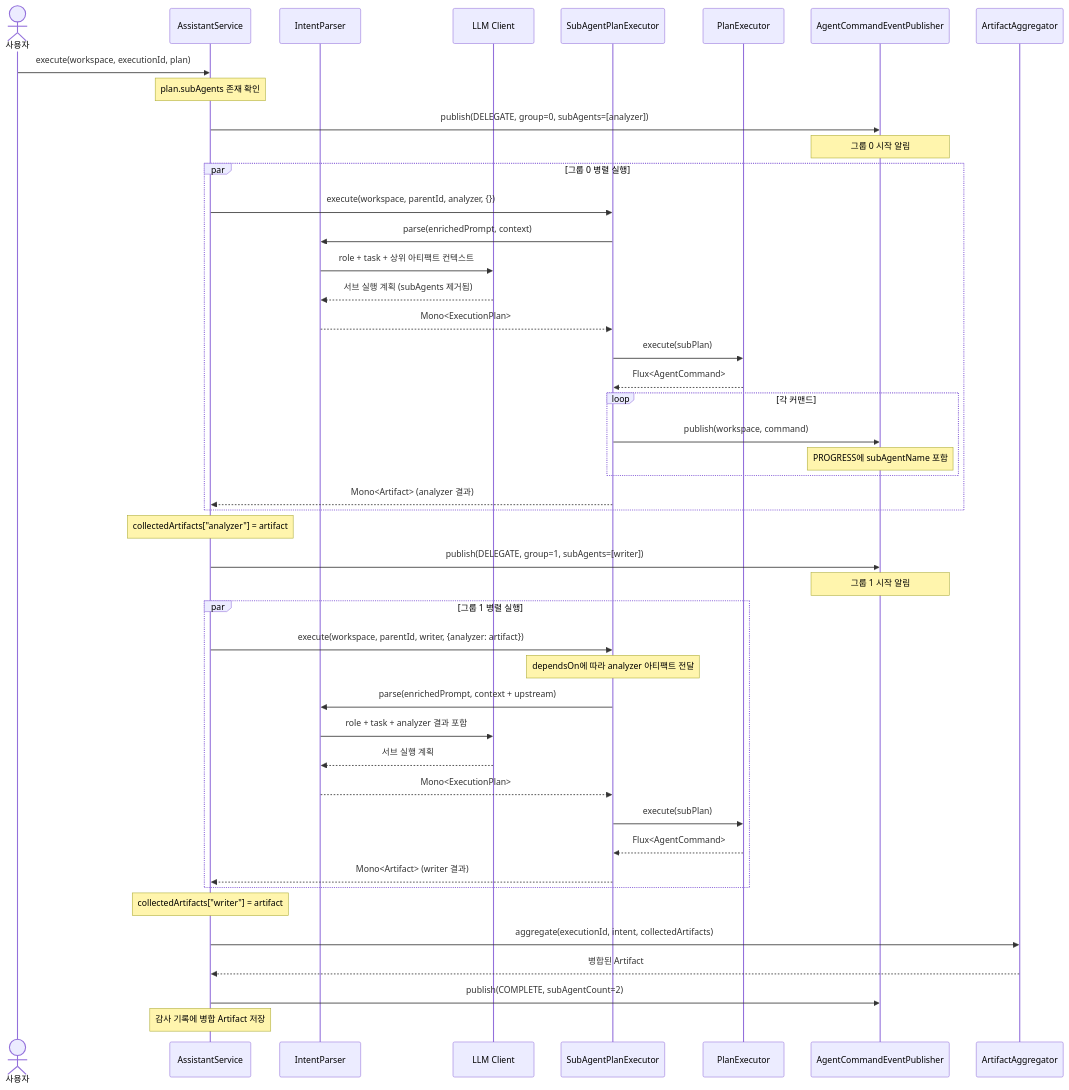
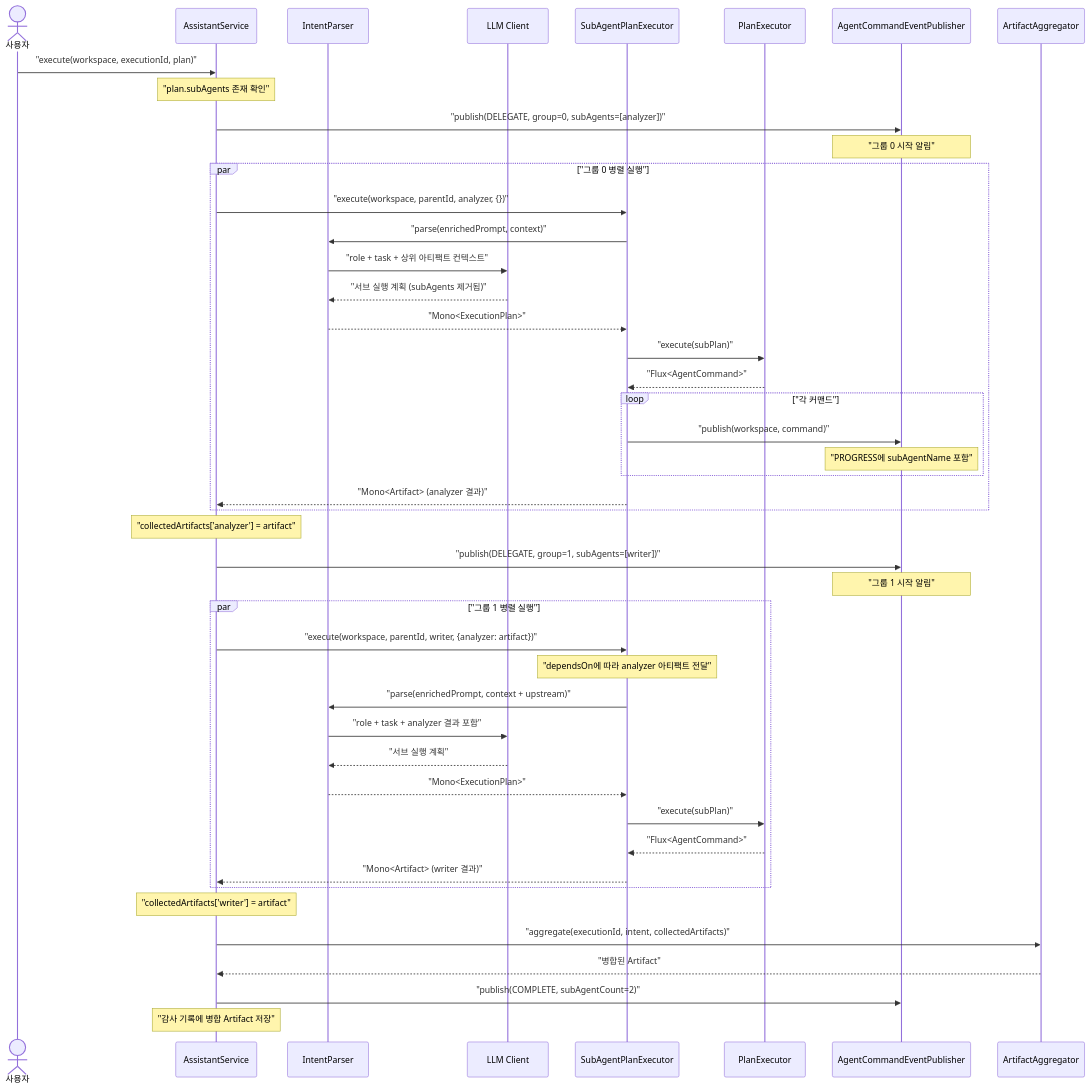
Diagram 12 of 13 in assistant/USECASE.md (sayaya1090/handbook), drawn with Mermaid before and after one commit. The commit also changed other lines of this file and 22 other files, not shown here.

First line of the commit message:
docs: Mermaid 다이어그램 렌더링 오류 수정을 위한 구문 전수 교정

````diff
--- a/assistant/USECASE.md
+++ b/assistant/USECASE.md
@@ -421,56 +421,56 @@
 ```mermaid
 sequenceDiagram
     actor User as 사용자
     participant Svc as AssistantService
     participant Parser as IntentParser
     participant LLM as LLM Client
     participant Exec as SubAgentPlanExecutor
     participant Plan as PlanExecutor
     participant Pub as AgentCommandEventPublisher
     participant Agg as ArtifactAggregator
 
-    User->>Svc: execute(workspace, executionId, plan)
-    Note over Svc: plan.subAgents 존재 확인
+    User->>Svc: "execute(workspace, executionId, plan)"
+    Note over Svc: "plan.subAgents 존재 확인"
 
-    Svc->>Pub: publish(DELEGATE, group=0, subAgents=[analyzer])
-    Note over Pub: 그룹 0 시작 알림
+    Svc->>Pub: "publish(DELEGATE, group=0, subAgents=[analyzer])"
+    Note over Pub: "그룹 0 시작 알림"
 
-    par 그룹 0 병렬 실행
-        Svc->>Exec: execute(workspace, parentId, analyzer, {})
-        Exec->>Parser: parse(enrichedPrompt, context)
-        Parser->>LLM: role + task + 상위 아티팩트 컨텍스트
-        LLM-->>Parser: 서브 실행 계획 (subAgents 제거됨)
-        Parser-->>Exec: Mono<ExecutionPlan>
-        Exec->>Plan: execute(subPlan)
-        Plan-->>Exec: Flux<AgentCommand>
-        loop 각 커맨드
-            Exec->>Pub: publish(workspace, command)
-            Note over Pub: PROGRESS에 subAgentName 포함
+    par "그룹 0 병렬 실행"
+        Svc->>Exec: "execute(workspace, parentId, analyzer, {})"
+        Exec->>Parser: "parse(enrichedPrompt, context)"
+        Parser->>LLM: "role + task + 상위 아티팩트 컨텍스트"
+        LLM-->>Parser: "서브 실행 계획 (subAgents 제거됨)"
+        Parser-->>Exec: "Mono<ExecutionPlan>"
+        Exec->>Plan: "execute(subPlan)"
+        Plan-->>Exec: "Flux<AgentCommand>"
+        loop "각 커맨드"
+            Exec->>Pub: "publish(workspace, command)"
+            Note over Pub: "PROGRESS에 subAgentName 포함"
         end
-        Exec-->>Svc: Mono<Artifact> (analyzer 결과)
+        Exec-->>Svc: "Mono<Artifact> (analyzer 결과)"
     end
 
-    Note over Svc: collectedArtifacts["analyzer"] = artifact
+    Note over Svc: "collectedArtifacts['analyzer'] = artifact"
 
-    Svc->>Pub: publish(DELEGATE, group=1, subAgents=[writer])
-    Note over Pub: 그룹 1 시작 알림
+    Svc->>Pub: "publish(DELEGATE, group=1, subAgents=[writer])"
+    Note over Pub: "그룹 1 시작 알림"
 
-    par 그룹 1 병렬 실행
-        Svc->>Exec: execute(workspace, parentId, writer, {analyzer: artifact})
-        Note over Exec: dependsOn에 따라 analyzer 아티팩트 전달
-        Exec->>Parser: parse(enrichedPrompt, context + upstream)
-        Parser->>LLM: role + task + analyzer 결과 포함
-        LLM-->>Parser: 서브 실행 계획
-        Parser-->>Exec: Mono<ExecutionPlan>
-        Exec->>Plan: execute(subPlan)
-        Plan-->>Exec: Flux<AgentCommand>
-        Exec-->>Svc: Mono<Artifact> (writer 결과)
+    par "그룹 1 병렬 실행"
+        Svc->>Exec: "execute(workspace, parentId, writer, {analyzer: artifact})"
+        Note over Exec: "dependsOn에 따라 analyzer 아티팩트 전달"
+        Exec->>Parser: "parse(enrichedPrompt, context + upstream)"
+        Parser->>LLM: "role + task + analyzer 결과 포함"
+        LLM-->>Parser: "서브 실행 계획"
+        Parser-->>Exec: "Mono<ExecutionPlan>"
+        Exec->>Plan: "execute(subPlan)"
+        Plan-->>Exec: "Flux<AgentCommand>"
+        Exec-->>Svc: "Mono<Artifact> (writer 결과)"
     end
 
-    Note over Svc: collectedArtifacts["writer"] = artifact
+    Note over Svc: "collectedArtifacts['writer'] = artifact"
 
-    Svc->>Agg: aggregate(executionId, intent, collectedArtifacts)
-    Agg-->>Svc: 병합된 Artifact
-    Svc->>Pub: publish(COMPLETE, subAgentCount=2)
-    Note over Svc: 감사 기록에 병합 Artifact 저장
+    Svc->>Agg: "aggregate(executionId, intent, collectedArtifacts)"
+    Agg-->>Svc: "병합된 Artifact"
+    Svc->>Pub: "publish(COMPLETE, subAgentCount=2)"
+    Note over Svc: "감사 기록에 병합 Artifact 저장"
 ```
````
